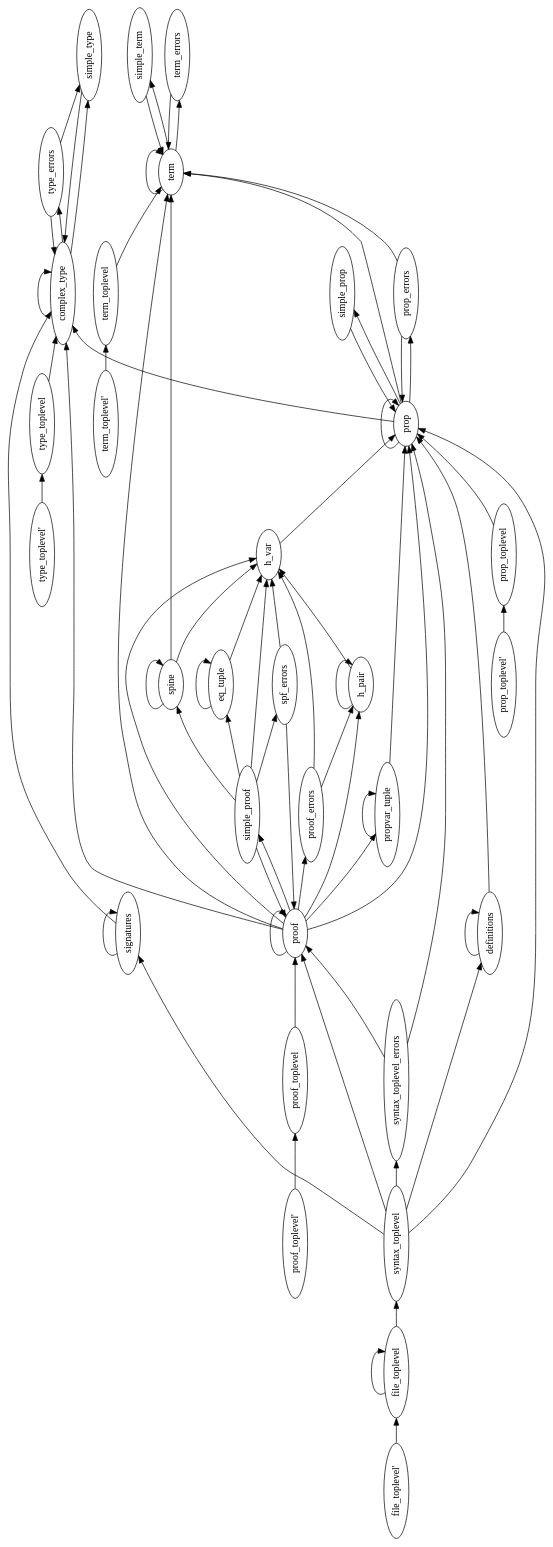
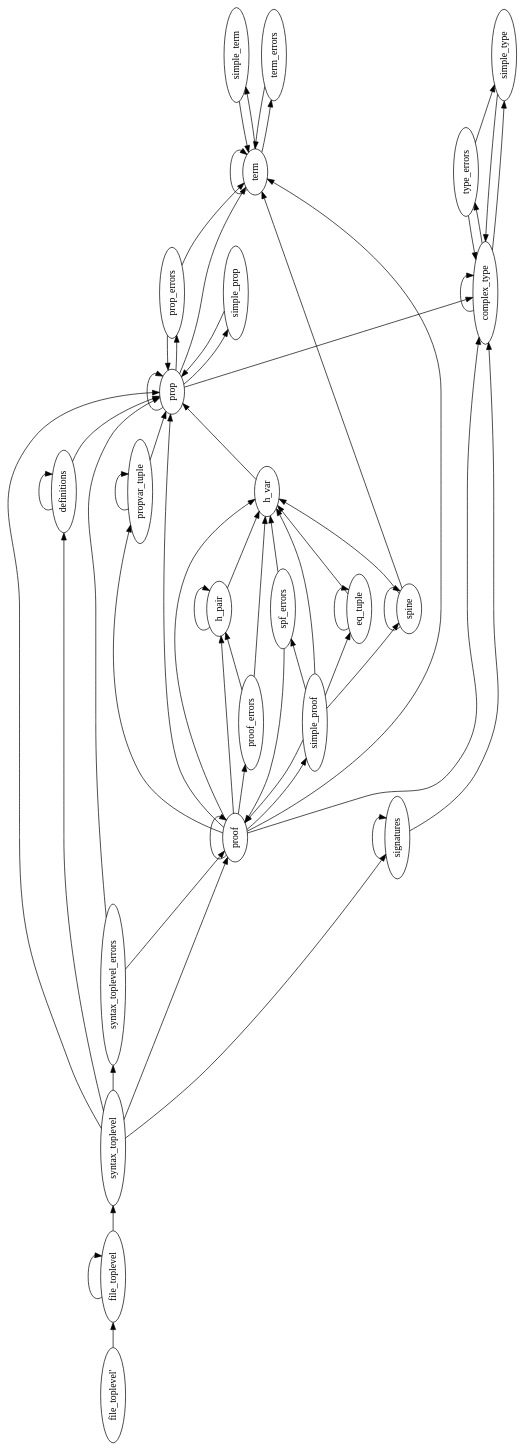
Before and after one commit to LaifsV1/YUP: the diagram in src/parser/Parser.dot, drawn with Graphviz. The commit also changed 12 other files, not shown here.

```diff
--- a/src/parser/Parser.dot
+++ b/src/parser/Parser.dot
@@ -1,107 +1,91 @@
 digraph G {
 orientation = landscape;
 rankdir = LR;
 ratio = compress;
-nt0 [ label="type_toplevel'" ] ;
-nt1 [ label="term_toplevel'" ] ;
-nt2 [ label="prop_toplevel'" ] ;
-nt3 [ label="proof_toplevel'" ] ;
-nt4 [ label="file_toplevel'" ] ;
-nt5 [ label="type_toplevel" ] ;
-nt6 [ label="type_errors" ] ;
-nt7 [ label="term_toplevel" ] ;
-nt8 [ label="term_errors" ] ;
-nt9 [ label="term" ] ;
-nt10 [ label="syntax_toplevel_errors" ] ;
-nt11 [ label="syntax_toplevel" ] ;
-nt12 [ label="spine" ] ;
-nt13 [ label="spf_errors" ] ;
-nt14 [ label="simple_type" ] ;
-nt15 [ label="simple_term" ] ;
-nt16 [ label="simple_prop" ] ;
-nt17 [ label="simple_proof" ] ;
-nt18 [ label="signatures" ] ;
-nt19 [ label="propvar_tuple" ] ;
-nt20 [ label="prop_toplevel" ] ;
-nt21 [ label="prop_errors" ] ;
-nt22 [ label="prop" ] ;
-nt23 [ label="proof_toplevel" ] ;
-nt24 [ label="proof_errors" ] ;
-nt25 [ label="proof" ] ;
-nt26 [ label="h_var" ] ;
-nt27 [ label="h_pair" ] ;
-nt28 [ label="file_toplevel" ] ;
-nt29 [ label="eq_tuple" ] ;
-nt30 [ label="definitions" ] ;
-nt31 [ label="complex_type" ] ;
-nt0 -> nt5 [ label="" ] ;
-nt1 -> nt7 [ label="" ] ;
-nt2 -> nt20 [ label="" ] ;
-nt3 -> nt23 [ label="" ] ;
-nt4 -> nt28 [ label="" ] ;
-nt5 -> nt31 [ label="" ] ;
-nt6 -> nt14 [ label="" ] ;
-nt6 -> nt31 [ label="" ] ;
-nt7 -> nt9 [ label="" ] ;
-nt8 -> nt9 [ label="" ] ;
-nt9 -> nt8 [ label="" ] ;
-nt9 -> nt9 [ label="" ] ;
-nt9 -> nt15 [ label="" ] ;
-nt10 -> nt22 [ label="" ] ;
-nt10 -> nt25 [ label="" ] ;
-nt11 -> nt10 [ label="" ] ;
+nt0 [ label="file_toplevel'" ] ;
+nt1 [ label="type_errors" ] ;
+nt2 [ label="term_errors" ] ;
+nt3 [ label="term" ] ;
+nt4 [ label="syntax_toplevel_errors" ] ;
+nt5 [ label="syntax_toplevel" ] ;
+nt6 [ label="spine" ] ;
+nt7 [ label="spf_errors" ] ;
+nt8 [ label="simple_type" ] ;
+nt9 [ label="simple_term" ] ;
+nt10 [ label="simple_prop" ] ;
+nt11 [ label="simple_proof" ] ;
+nt12 [ label="signatures" ] ;
+nt13 [ label="propvar_tuple" ] ;
+nt14 [ label="prop_errors" ] ;
+nt15 [ label="prop" ] ;
+nt16 [ label="proof_errors" ] ;
+nt17 [ label="proof" ] ;
+nt18 [ label="h_var" ] ;
+nt19 [ label="h_pair" ] ;
+nt20 [ label="file_toplevel" ] ;
+nt21 [ label="eq_tuple" ] ;
+nt22 [ label="definitions" ] ;
+nt23 [ label="complex_type" ] ;
+nt0 -> nt20 [ label="" ] ;
+nt1 -> nt8 [ label="" ] ;
+nt1 -> nt23 [ label="" ] ;
+nt2 -> nt3 [ label="" ] ;
+nt3 -> nt2 [ label="" ] ;
+nt3 -> nt3 [ label="" ] ;
+nt3 -> nt9 [ label="" ] ;
+nt4 -> nt15 [ label="" ] ;
+nt4 -> nt17 [ label="" ] ;
+nt5 -> nt4 [ label="" ] ;
+nt5 -> nt12 [ label="" ] ;
+nt5 -> nt15 [ label="" ] ;
+nt5 -> nt17 [ label="" ] ;
+nt5 -> nt22 [ label="" ] ;
+nt6 -> nt3 [ label="" ] ;
+nt6 -> nt6 [ label="" ] ;
+nt6 -> nt18 [ label="" ] ;
+nt7 -> nt17 [ label="" ] ;
+nt7 -> nt18 [ label="" ] ;
+nt8 -> nt23 [ label="" ] ;
+nt9 -> nt3 [ label="" ] ;
+nt10 -> nt15 [ label="" ] ;
+nt11 -> nt6 [ label="" ] ;
+nt11 -> nt7 [ label="" ] ;
+nt11 -> nt17 [ label="" ] ;
 nt11 -> nt18 [ label="" ] ;
-nt11 -> nt22 [ label="" ] ;
-nt11 -> nt25 [ label="" ] ;
-nt11 -> nt30 [ label="" ] ;
-nt12 -> nt9 [ label="" ] ;
+nt11 -> nt21 [ label="" ] ;
 nt12 -> nt12 [ label="" ] ;
-nt12 -> nt26 [ label="" ] ;
-nt13 -> nt25 [ label="" ] ;
-nt13 -> nt26 [ label="" ] ;
-nt14 -> nt31 [ label="" ] ;
-nt15 -> nt9 [ label="" ] ;
-nt16 -> nt22 [ label="" ] ;
-nt17 -> nt12 [ label="" ] ;
+nt12 -> nt23 [ label="" ] ;
+nt13 -> nt13 [ label="" ] ;
+nt13 -> nt15 [ label="" ] ;
+nt14 -> nt3 [ label="" ] ;
+nt14 -> nt15 [ label="" ] ;
+nt15 -> nt3 [ label="" ] ;
+nt15 -> nt10 [ label="" ] ;
+nt15 -> nt14 [ label="" ] ;
+nt15 -> nt15 [ label="" ] ;
+nt15 -> nt23 [ label="" ] ;
+nt16 -> nt18 [ label="" ] ;
+nt16 -> nt19 [ label="" ] ;
+nt17 -> nt3 [ label="" ] ;
+nt17 -> nt11 [ label="" ] ;
 nt17 -> nt13 [ label="" ] ;
-nt17 -> nt25 [ label="" ] ;
-nt17 -> nt26 [ label="" ] ;
-nt17 -> nt29 [ label="" ] ;
-nt18 -> nt18 [ label="" ] ;
-nt18 -> nt31 [ label="" ] ;
+nt17 -> nt15 [ label="" ] ;
+nt17 -> nt16 [ label="" ] ;
+nt17 -> nt17 [ label="" ] ;
+nt17 -> nt18 [ label="" ] ;
+nt17 -> nt19 [ label="" ] ;
+nt17 -> nt23 [ label="" ] ;
+nt18 -> nt15 [ label="" ] ;
+nt19 -> nt18 [ label="" ] ;
 nt19 -> nt19 [ label="" ] ;
-nt19 -> nt22 [ label="" ] ;
-nt20 -> nt22 [ label="" ] ;
-nt21 -> nt9 [ label="" ] ;
-nt21 -> nt22 [ label="" ] ;
-nt22 -> nt9 [ label="" ] ;
-nt22 -> nt16 [ label="" ] ;
-nt22 -> nt21 [ label="" ] ;
+nt20 -> nt5 [ label="" ] ;
+nt20 -> nt20 [ label="" ] ;
+nt21 -> nt18 [ label="" ] ;
+nt21 -> nt21 [ label="" ] ;
+nt22 -> nt15 [ label="" ] ;
 nt22 -> nt22 [ label="" ] ;
-nt22 -> nt31 [ label="" ] ;
-nt23 -> nt25 [ label="" ] ;
-nt24 -> nt26 [ label="" ] ;
-nt24 -> nt27 [ label="" ] ;
-nt25 -> nt9 [ label="" ] ;
-nt25 -> nt17 [ label="" ] ;
-nt25 -> nt19 [ label="" ] ;
-nt25 -> nt22 [ label="" ] ;
-nt25 -> nt24 [ label="" ] ;
-nt25 -> nt25 [ label="" ] ;
-nt25 -> nt26 [ label="" ] ;
-nt25 -> nt27 [ label="" ] ;
-nt25 -> nt31 [ label="" ] ;
-nt26 -> nt22 [ label="" ] ;
-nt27 -> nt26 [ label="" ] ;
-nt27 -> nt27 [ label="" ] ;
-nt28 -> nt11 [ label="" ] ;
-nt28 -> nt28 [ label="" ] ;
-nt29 -> nt26 [ label="" ] ;
-nt29 -> nt29 [ label="" ] ;
-nt30 -> nt22 [ label="" ] ;
-nt30 -> nt30 [ label="" ] ;
-nt31 -> nt6 [ label="" ] ;
-nt31 -> nt14 [ label="" ] ;
-nt31 -> nt31 [ label="" ] ;
+nt23 -> nt1 [ label="" ] ;
+nt23 -> nt8 [ label="" ] ;
+nt23 -> nt23 [ label="" ] ;
 
 }
```
